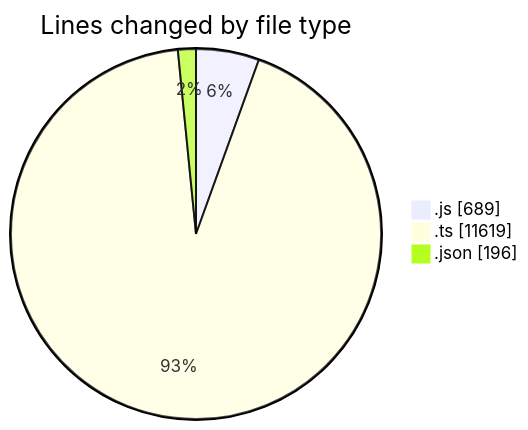
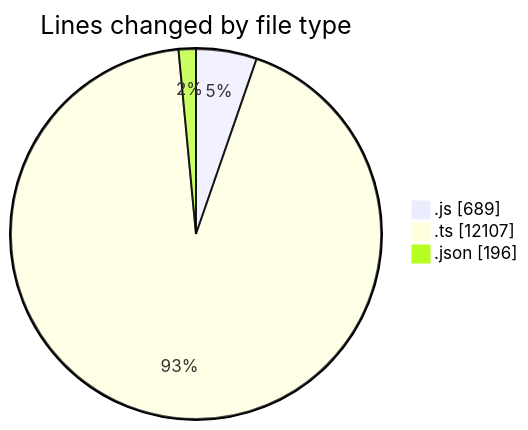
Before and after one commit to momahboobian/code-tracking: the first of 2 diagrams in 2025-05-29/cda/README.md, drawn with Mermaid. The commit also changed other lines of this file and 1 other file, not shown here.

````diff
--- a/2025-05-29/cda/README.md
+++ b/2025-05-29/cda/README.md
@@ -30,7 +31,7 @@
 ```mermaid
 pie showData
 title Lines changed by file type
 ".js" : 689
-".ts" : 11619
+".ts" : 12107
 ".json" : 196
 ```
````
